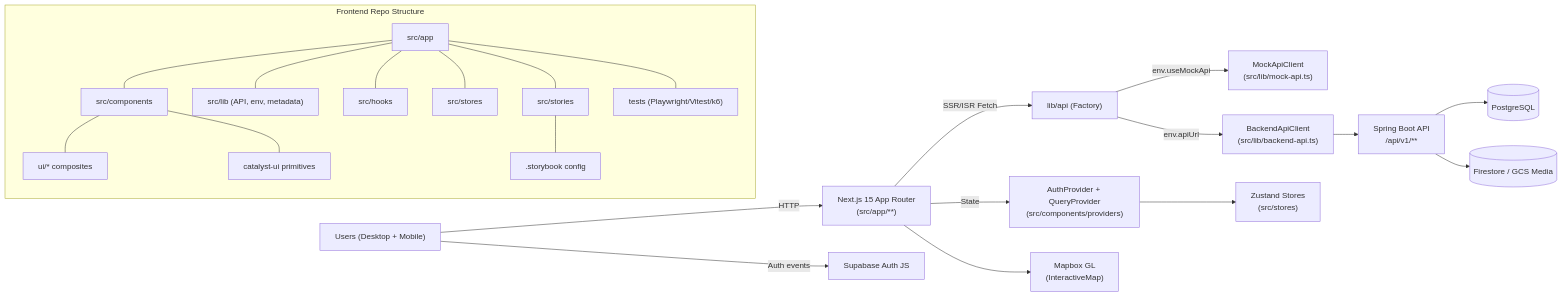
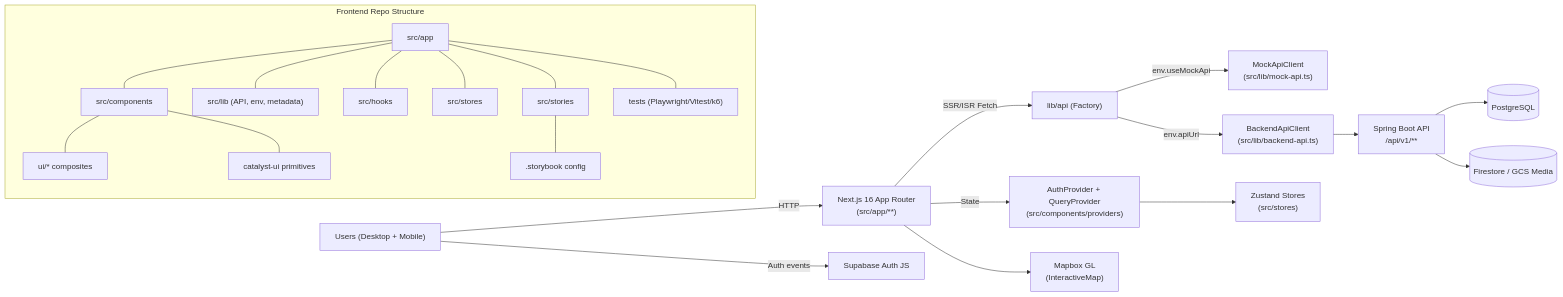
One commit to deznode/nosilha changed the diagram in frontend/codebase_analysis.md. Above: the diagram before and after it, drawn with Mermaid. The commit also changed other lines of this file and 11 other files, not shown here.

````diff
--- a/frontend/codebase_analysis.md
+++ b/frontend/codebase_analysis.md
@@ -188,26 +188,26 @@
 ```mermaid
 flowchart LR
-    UserBrowser["Users (Desktop + Mobile)"] -->|HTTP| NextApp["Next.js 15 App Router\n(src/app/**)"]
+    UserBrowser["Users (Desktop + Mobile)"] -->|HTTP| NextApp["Next.js 16 App Router\n(src/app/**)"]
     NextApp -->|SSR/ISR Fetch| ApiLayer["lib/api (Factory)"]
     ApiLayer -->|env.useMockApi| MockClient["MockApiClient\n(src/lib/mock-api.ts)"]
     ApiLayer -->|env.apiUrl| BackendClient["BackendApiClient\n(src/lib/backend-api.ts)"]
     BackendClient --> SpringAPI["Spring Boot API\n/api/v1/**"]
     SpringAPI --> Postgres[(PostgreSQL)]
     SpringAPI --> Firestore[(Firestore / GCS Media)]
     UserBrowser -->|Auth events| Supabase["Supabase Auth JS"]
     NextApp -->|State| Providers["AuthProvider + QueryProvider\n(src/components/providers)"]
     Providers --> Zustand["Zustand Stores\n(src/stores)"]
     NextApp --> Mapbox["Mapbox GL\n(InteractiveMap)"]
 
     subgraph "Frontend Repo Structure"
         SrcApp["src/app"] --- Components["src/components"]
         Components --- UI["ui/* composites"]
         Components --- Catalyst["catalyst-ui primitives"]
         SrcApp --- Lib["src/lib (API, env, metadata)"]
         SrcApp --- Hooks["src/hooks"]
         SrcApp --- Stores["src/stores"]
         SrcApp --- Stories["src/stories"]
         SrcApp --- Tests["tests (Playwright/Vitest/k6)"]
         Stories --- Storybook[".storybook config"]
     end
 ```
````
